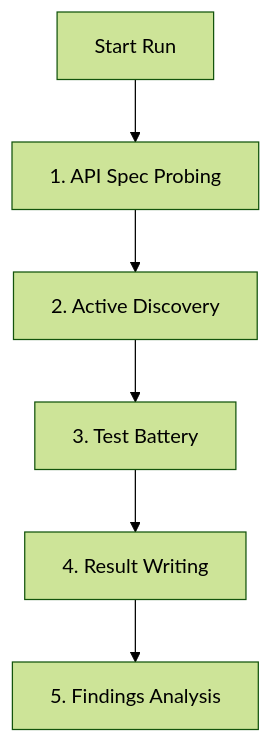
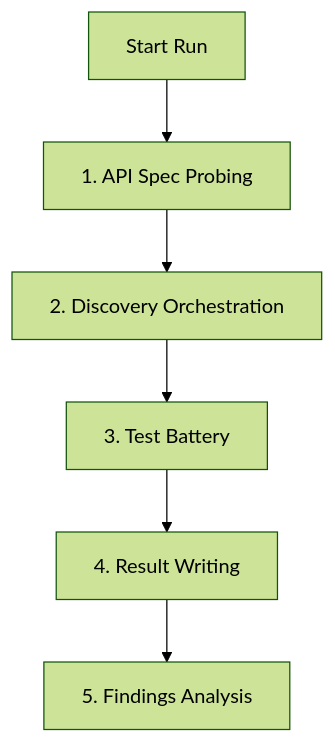
One commit to NRLacerda/BendIt changed the diagram in README.md. Above: the diagram before and after it, drawn with Mermaid (forest theme). The commit also changed other lines of this file and 56 other files, not shown here.

````diff
--- a/README.md
+++ b/README.md
@@ -104,8 +91,8 @@
 ```mermaid
 graph TD
     A[Start Run] --> B[1. API Spec Probing]
-    B --> C[2. Active Discovery]
+    B --> C[2. Discovery Orchestration]
     C --> D[3. Test Battery]
     D --> E[4. Result Writing]
     E --> F[5. Findings Analysis]
 ```
````
